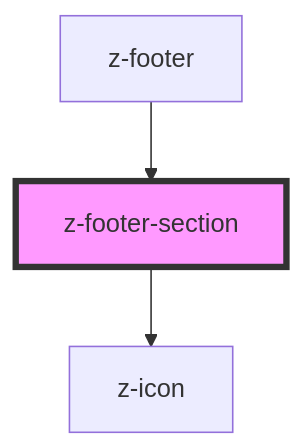
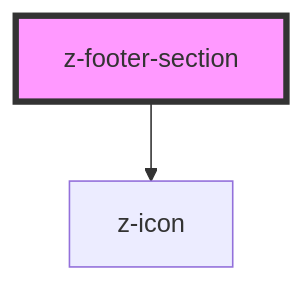
One commit to ZanichelliEditore/design-system changed the diagram in src/components/footer/z-footer-section/readme.md. Above: the diagram before and after it, drawn with Mermaid. The commit also changed other lines of this file and 17 other files, not shown here.

````diff
--- a/src/components/footer/z-footer-section/readme.md
+++ b/src/components/footer/z-footer-section/readme.md
@@ -31,6 +27,5 @@
 ```mermaid
 graph TD;
   z-footer-section --> z-icon
-  z-footer --> z-footer-section
   style z-footer-section fill:#f9f,stroke:#333,stroke-width:4px
 ```
````
